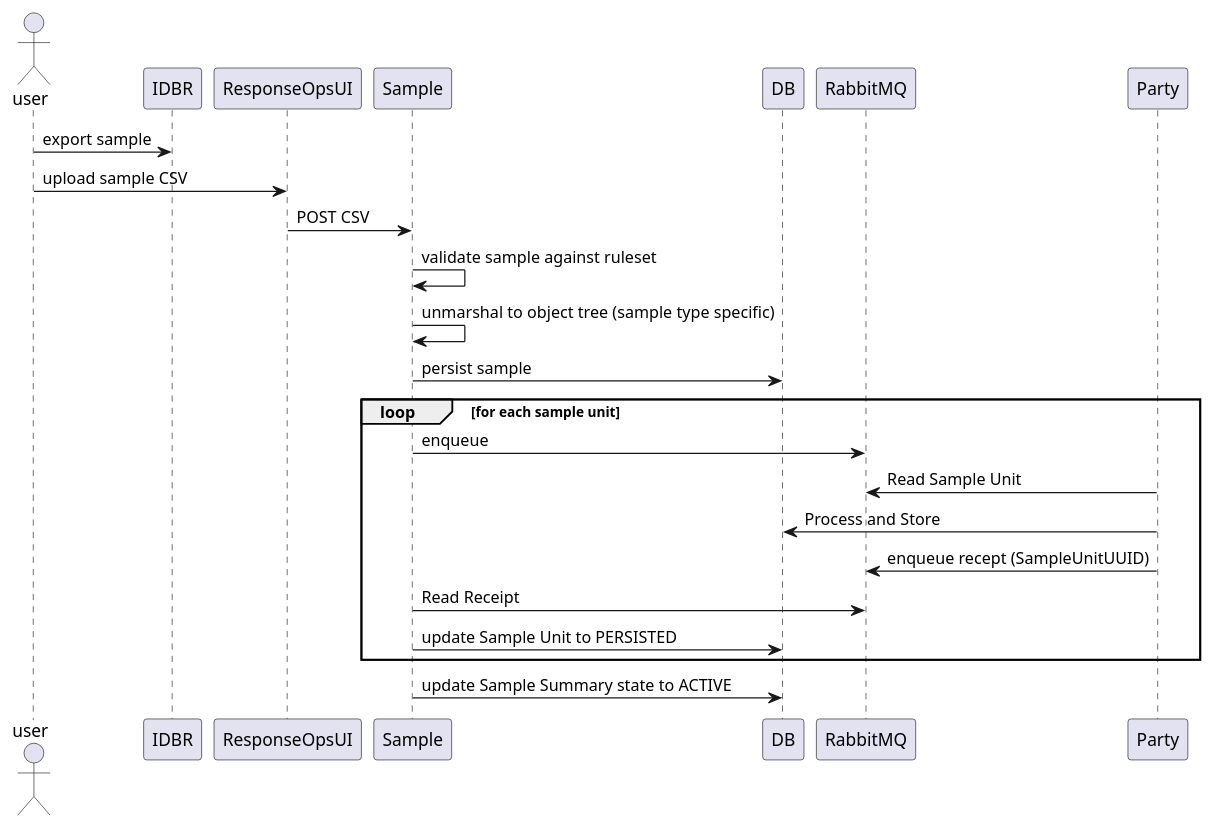
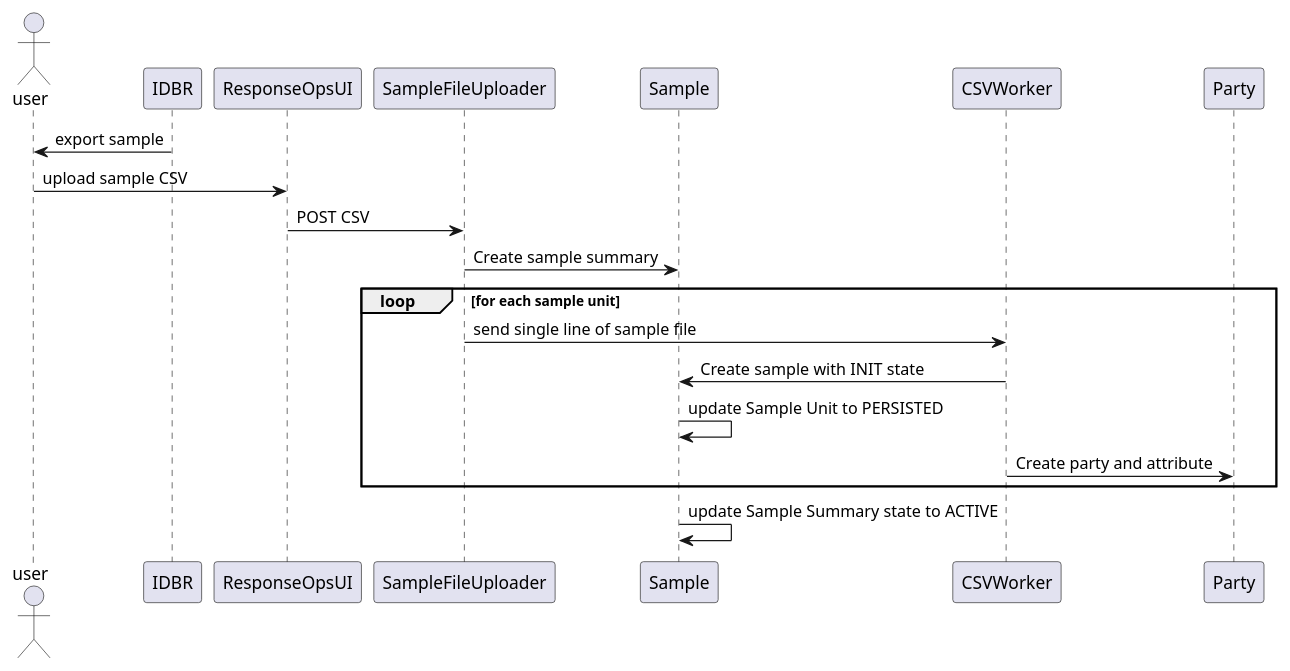
One commit to ONSdigital/rm-sample-service changed the diagram in diagrams/ingest-sequence.puml. Above: the diagram before and after it, drawn with PlantUML. The commit also changed 6 other files, not shown here.

First line of the commit message:
Update docs and diagrams (#210)

```diff
--- a/diagrams/ingest-sequence.puml
+++ b/diagrams/ingest-sequence.puml
@@ -1,18 +1,14 @@
 @startuml
 actor user
-user -> IDBR: export sample
+IDBR -> user : export sample
 user -> ResponseOpsUI: upload sample CSV
-ResponseOpsUI -> Sample:POST CSV
-Sample -> Sample: validate sample against ruleset
-Sample -> Sample: unmarshal to object tree (sample type specific)
-Sample -> DB: persist sample
+ResponseOpsUI -> SampleFileUploader :POST CSV
+SampleFileUploader -> Sample: Create sample summary
 loop for each sample unit
-  Sample -> RabbitMQ: enqueue
-  Party -> RabbitMQ: Read Sample Unit
-  Party -> DB: Process and Store
-  Party -> RabbitMQ: enqueue recept (SampleUnitUUID)
-  Sample -> RabbitMQ: Read Receipt
-  Sample -> DB : update Sample Unit to PERSISTED
+SampleFileUploader -> CSVWorker: send single line of sample file
+CSVWorker -> Sample: Create sample with INIT state
+Sample -> Sample : update Sample Unit to PERSISTED
+CSVWorker -> Party: Create party and attribute
 end
-Sample -> DB: update Sample Summary state to ACTIVE
+Sample -> Sample: update Sample Summary state to ACTIVE
 @enduml
```
